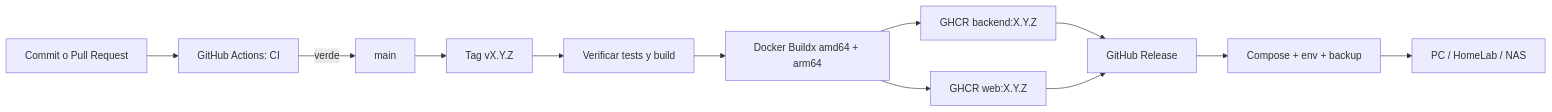
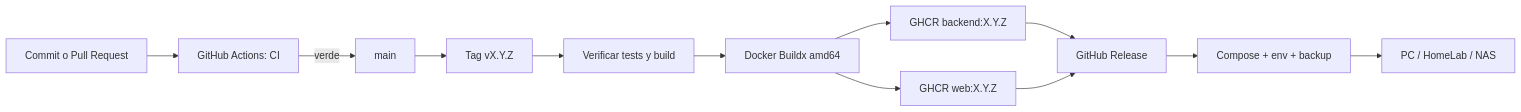
One commit to xxmenioxx/mediaforge changed the first of 2 diagrams in docs/guides/github-releases.md. Above: the diagram before and after it, drawn with Mermaid. The commit also changed other lines of this file and 11 other files, not shown here.

````diff
--- a/docs/guides/github-releases.md
+++ b/docs/guides/github-releases.md
@@ -7,14 +7,14 @@
 ```mermaid
 flowchart LR
     DEV[Commit o Pull Request] --> CI[GitHub Actions: CI]
     CI -->|verde| MAIN[main]
     MAIN --> TAG[Tag vX.Y.Z]
     TAG --> VERIFY[Verificar tests y build]
-    VERIFY --> BUILD[Docker Buildx amd64 + arm64]
+    VERIFY --> BUILD[Docker Buildx amd64]
     BUILD --> BACKEND[GHCR backend:X.Y.Z]
     BUILD --> WEB[GHCR web:X.Y.Z]
     BACKEND --> RELEASE[GitHub Release]
     WEB --> RELEASE
     RELEASE --> ASSETS[Compose + env + backup]
     ASSETS --> NAS["PC / HomeLab / NAS"]
 ```
````
